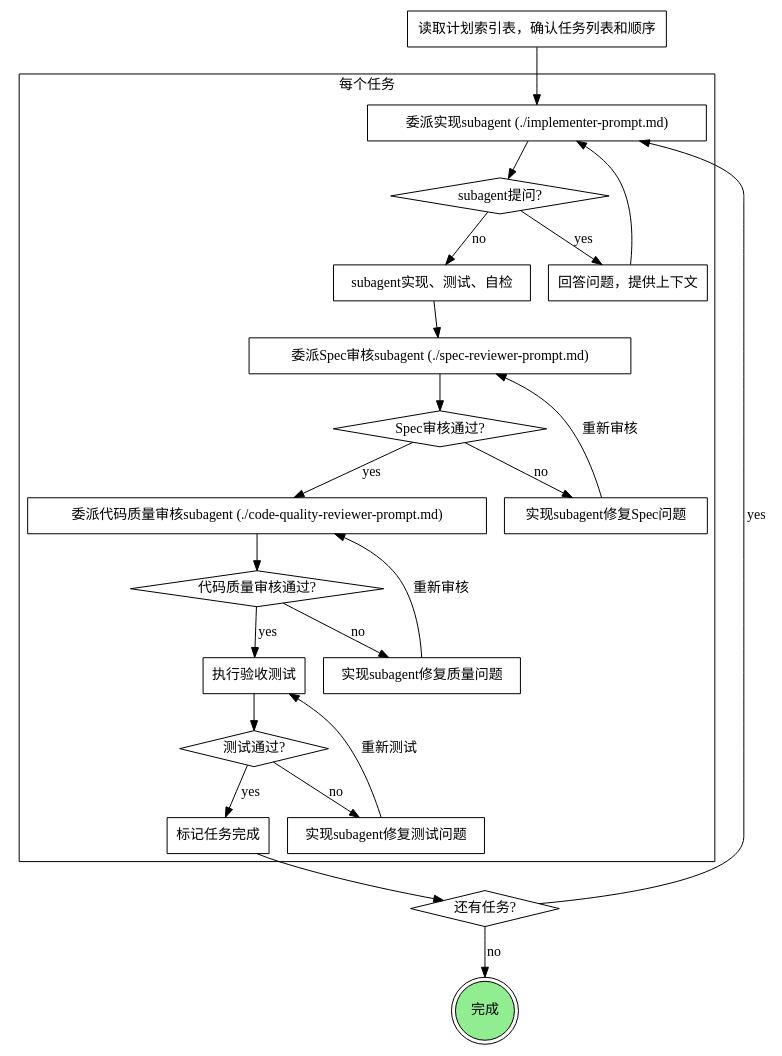
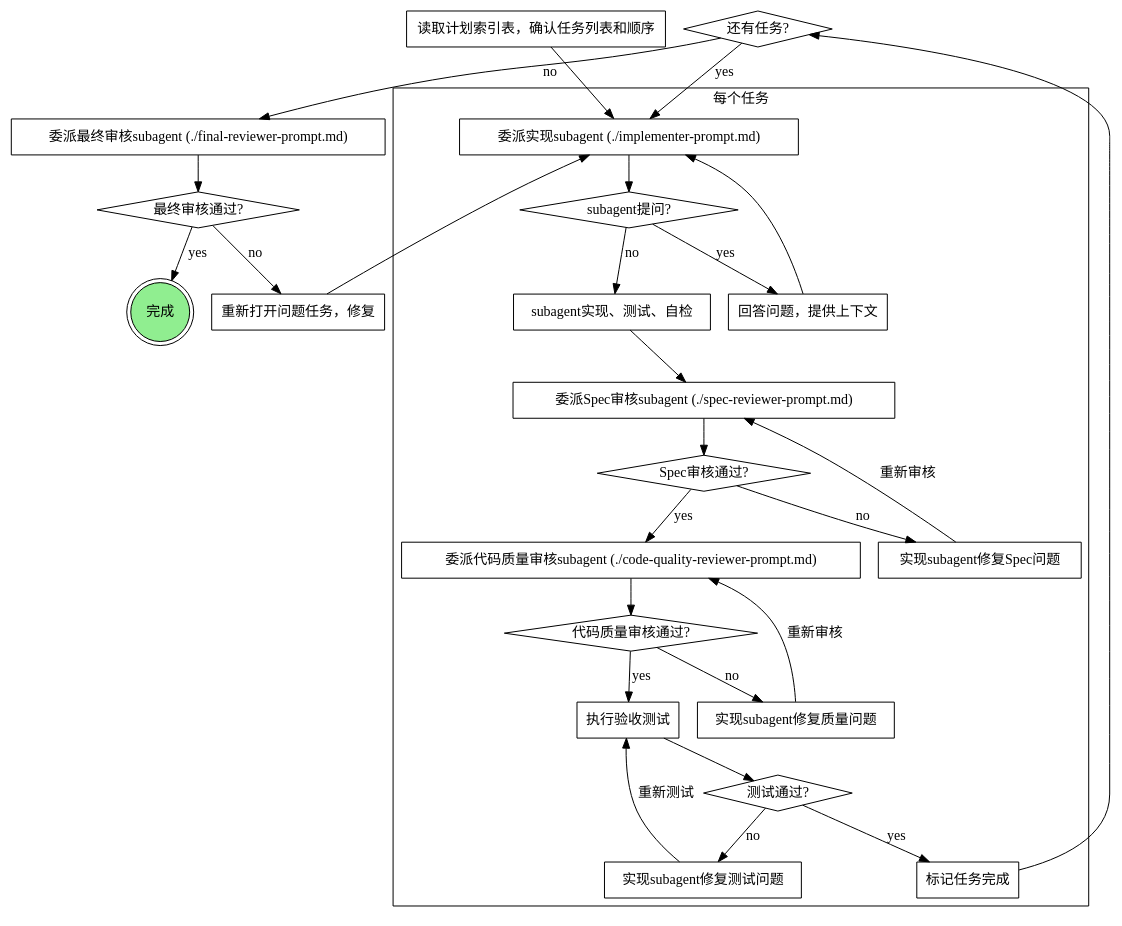
The diagram in skills/plan-execution/SKILL.md (ANIAN0/pick-skills), drawn with Graphviz before and after one commit. The commit also changed other lines of this file and 1 other file, not shown here.

````diff
--- a/skills/plan-execution/SKILL.md
+++ b/skills/plan-execution/SKILL.md
@@ -42,49 +42,56 @@
 ```dot
 digraph 计划执行 {
     rankdir=TB;
 
     subgraph cluster_per_task {
         label="每个任务";
         "委派实现subagent (./implementer-prompt.md)" [shape=box];
         "subagent提问?" [shape=diamond];
         "回答问题，提供上下文" [shape=box];
         "subagent实现、测试、自检" [shape=box];
         "委派Spec审核subagent (./spec-reviewer-prompt.md)" [shape=box];
         "Spec审核通过?" [shape=diamond];
         "实现subagent修复Spec问题" [shape=box];
         "委派代码质量审核subagent (./code-quality-reviewer-prompt.md)" [shape=box];
         "代码质量审核通过?" [shape=diamond];
         "实现subagent修复质量问题" [shape=box];
         "执行验收测试" [shape=box];
         "测试通过?" [shape=diamond];
         "实现subagent修复测试问题" [shape=box];
         "标记任务完成" [shape=box];
     }
 
     "读取计划索引表，确认任务列表和顺序" [shape=box];
     "还有任务?" [shape=diamond];
+    "委派最终审核subagent (./final-reviewer-prompt.md)" [shape=box];
+    "最终审核通过?" [shape=diamond];
+    "重新打开问题任务，修复" [shape=box];
     "完成" [shape=doublecircle style=filled fillcolor=lightgreen];
 
     "读取计划索引表，确认任务列表和顺序" -> "委派实现subagent (./implementer-prompt.md)";
     "委派实现subagent (./implementer-prompt.md)" -> "subagent提问?";
     "subagent提问?" -> "回答问题，提供上下文" [label="yes"];
     "回答问题，提供上下文" -> "委派实现subagent (./implementer-prompt.md)";
     "subagent提问?" -> "subagent实现、测试、自检" [label="no"];
     "subagent实现、测试、自检" -> "委派Spec审核subagent (./spec-reviewer-prompt.md)";
     "委派Spec审核subagent (./spec-reviewer-prompt.md)" -> "Spec审核通过?";
     "Spec审核通过?" -> "实现subagent修复Spec问题" [label="no"];
     "实现subagent修复Spec问题" -> "委派Spec审核subagent (./spec-reviewer-prompt.md)" [label="重新审核"];
     "Spec审核通过?" -> "委派代码质量审核subagent (./code-quality-reviewer-prompt.md)" [label="yes"];
     "委派代码质量审核subagent (./code-quality-reviewer-prompt.md)" -> "代码质量审核通过?";
     "代码质量审核通过?" -> "实现subagent修复质量问题" [label="no"];
     "实现subagent修复质量问题" -> "委派代码质量审核subagent (./code-quality-reviewer-prompt.md)" [label="重新审核"];
     "代码质量审核通过?" -> "执行验收测试" [label="yes"];
     "执行验收测试" -> "测试通过?";
     "测试通过?" -> "实现subagent修复测试问题" [label="no"];
     "实现subagent修复测试问题" -> "执行验收测试" [label="重新测试"];
     "测试通过?" -> "标记任务完成" [label="yes"];
     "标记任务完成" -> "还有任务?";
     "还有任务?" -> "委派实现subagent (./implementer-prompt.md)" [label="yes"];
-    "还有任务?" -> "完成" [label="no"];
+    "还有任务?" -> "委派最终审核subagent (./final-reviewer-prompt.md)" [label="no"];
+    "委派最终审核subagent (./final-reviewer-prompt.md)" -> "最终审核通过?" [shape=diamond];
+    "最终审核通过?" -> "重新打开问题任务，修复" [label="no"];
+    "重新打开问题任务，修复" -> "委派实现subagent (./implementer-prompt.md)";
+    "最终审核通过?" -> "完成" [label="yes"];
 }
 ```
````
